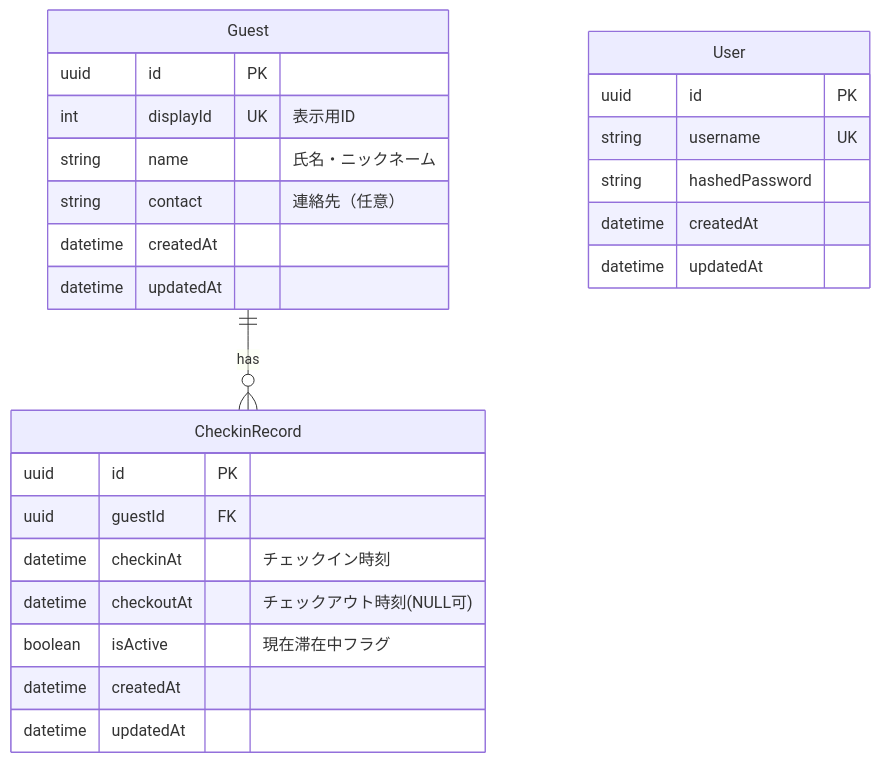
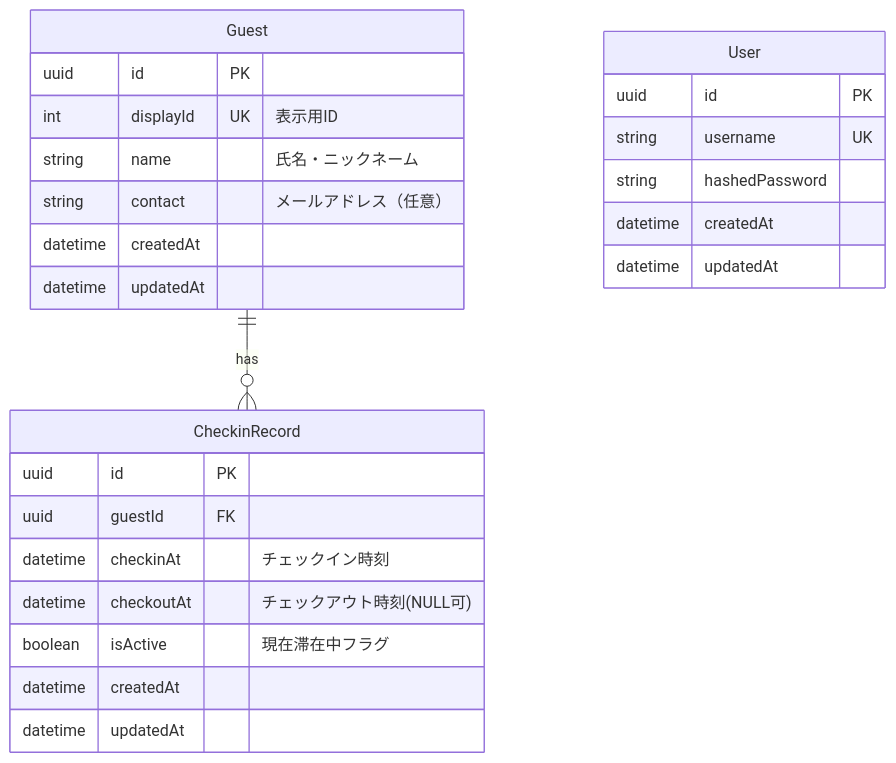
Before and after one commit to SetozakiLab/tecnova-checkin-system: the diagram in docs/DATABASE_DESIGN.md, drawn with Mermaid. The commit also changed other lines of this file and 2 other files, not shown here.

Commit message:
データベース設計書と要件定義書の「連絡先」を「メールアドレス」に変更し、画面遷移設計書の入力フィールドも更新。関連するバリデーションを修正。

````diff
--- a/docs/DATABASE_DESIGN.md
+++ b/docs/DATABASE_DESIGN.md
@@ -9,30 +9,30 @@
 ```mermaid
 erDiagram
     Guest ||--o{ CheckinRecord : has
     User {
         uuid id PK
         string username UK
         string hashedPassword
         datetime createdAt
         datetime updatedAt
     }
 
     Guest {
         uuid id PK
         int displayId UK "表示用ID"
         string name "氏名・ニックネーム"
-        string contact "連絡先（任意）"
+        string contact "メールアドレス（任意）"
         datetime createdAt
         datetime updatedAt
     }
 
     CheckinRecord {
         uuid id PK
         uuid guestId FK
         datetime checkinAt "チェックイン時刻"
         datetime checkoutAt "チェックアウト時刻(NULL可)"
         boolean isActive "現在滞在中フラグ"
         datetime createdAt
         datetime updatedAt
     }
 ```
````
